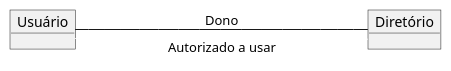
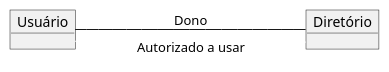
One commit to kyriosdata/oo changed the diagram in Imagens/modelos-01/imagem-14/mod01ima14.plantuml. Above: the diagram before and after it, drawn with PlantUML. The commit also changed 9 other files, not shown here.

```diff
--- a/Imagens/modelos-01/imagem-14/mod01ima14.plantuml
+++ b/Imagens/modelos-01/imagem-14/mod01ima14.plantuml
@@ -1,8 +1,8 @@
 @startuml mod01ima14
 skinparam ClassAttributeIconSize 0
 object "Usuário" as o1
 object "Diretório" as o2
 left to right direction
-o1 ---- o2 : Dono
-o2 --[#White]-- o1 : Autorizado a usar
+o1 --- o2 : Dono
+o2 --[#White]- o1 : Autorizado a usar
 @enduml
```
